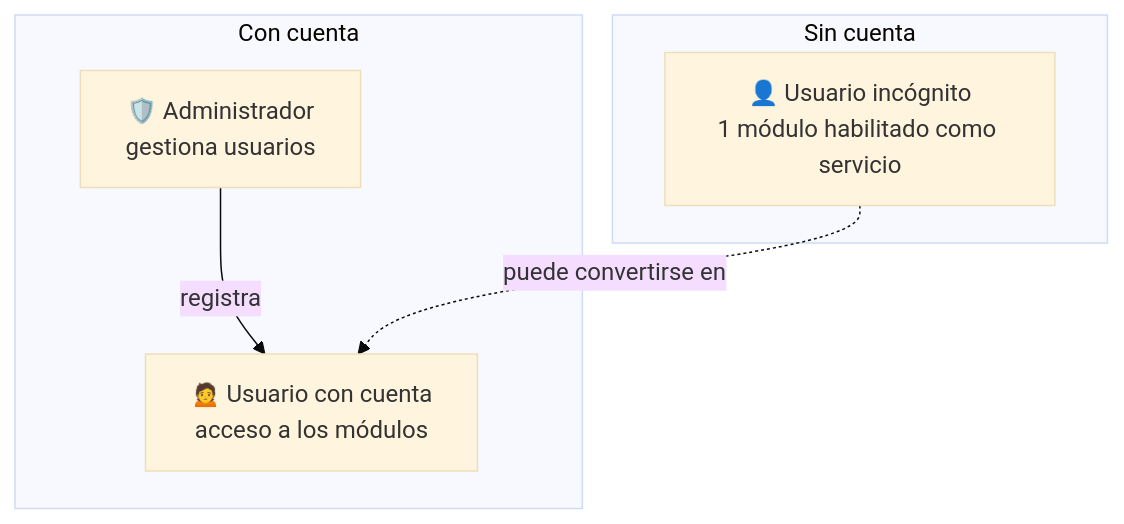
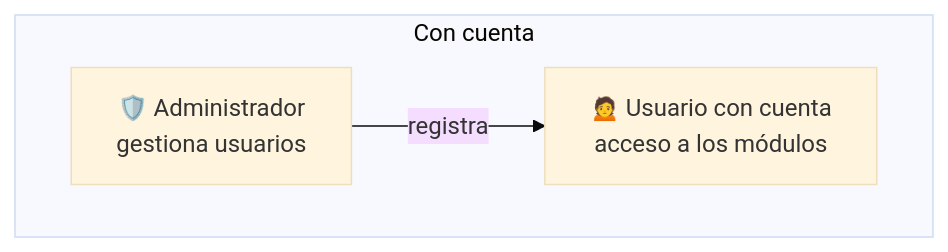
The third of 5 diagrams in docs/01-vision-objetivos.md (vida-I-found-it/architecture), drawn with Mermaid (base theme) before and after one commit. The commit also changed other lines of this file and 20 other files, not shown here.

````diff
--- a/docs/01-vision-objetivos.md
+++ b/docs/01-vision-objetivos.md
@@ -81,12 +102,8 @@
 ```mermaid
 graph TB
-    subgraph "Sin cuenta"
-        INC[👤 Usuario incógnito<br/>1 módulo habilitado como servicio]
-    end
     subgraph "Con cuenta"
         USR[🙍 Usuario con cuenta<br/>acceso a los módulos]
         ADM[🛡️ Administrador<br/>gestiona usuarios]
     end
     ADM -->|registra| USR
-    INC -.->|puede convertirse en| USR
 ```
````
